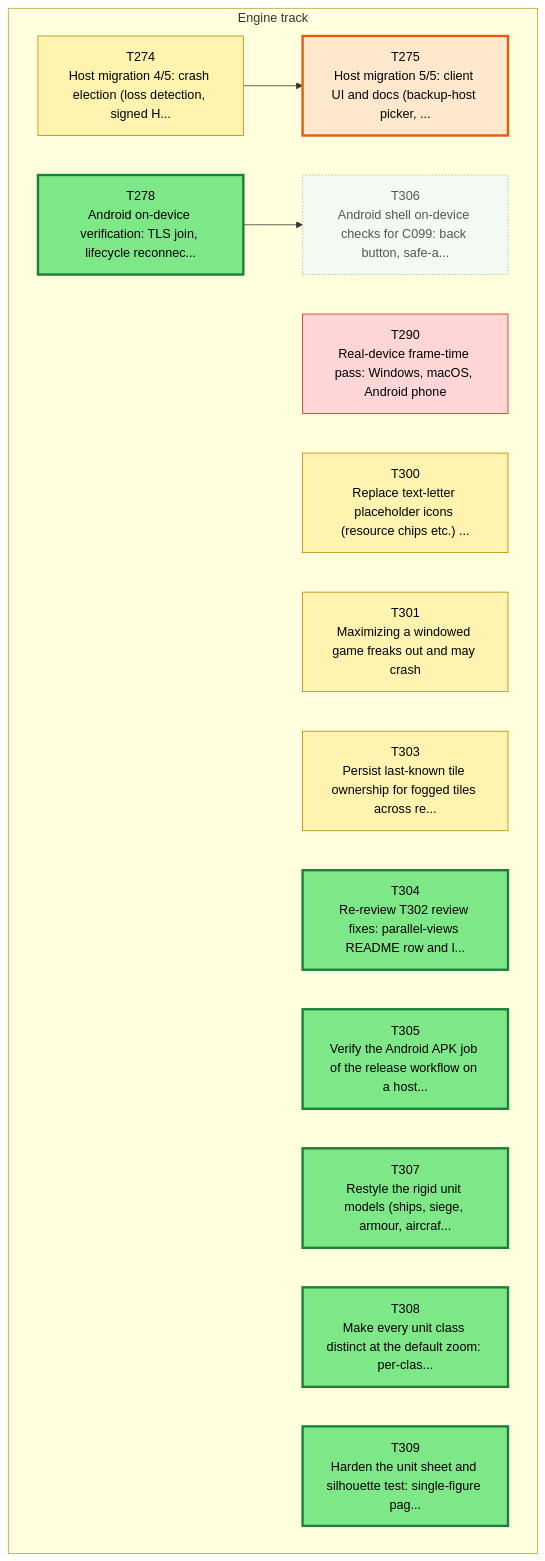
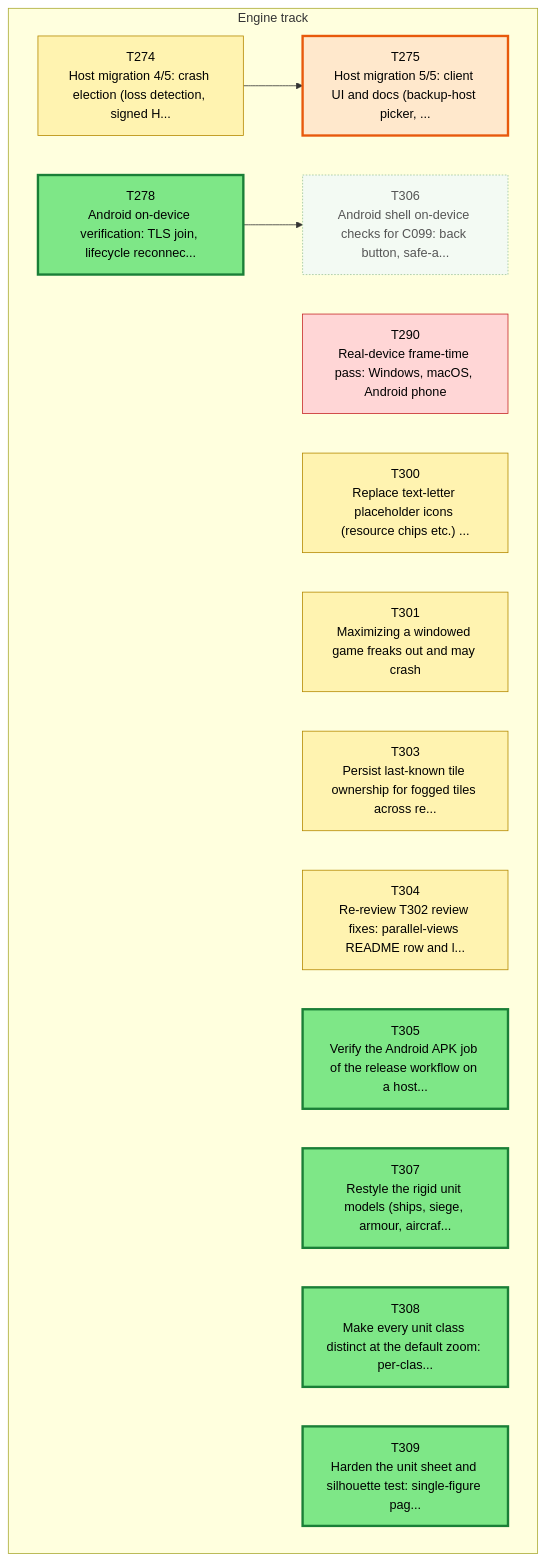
The first of 3 diagrams in csharp/migration/DEPENDENCY_MAP.md (Kenmura/Unciv), drawn with Mermaid before and after one commit. The commit also changed other lines of this file and 1 other file, not shown here.

````diff
--- a/csharp/migration/DEPENDENCY_MAP.md
+++ b/csharp/migration/DEPENDENCY_MAP.md
@@ -35,40 +35,40 @@
 ```mermaid
 flowchart TD
   subgraph TTRACK["Engine track"]
     T274["T274<br/>Host migration 4/5: crash election (loss detection, signed H..."]
     T275["T275<br/>Host migration 5/5: client UI and docs (backup-host picker, ..."]
     T278["T278<br/>Android on-device verification: TLS join, lifecycle reconnec..."]
     T290["T290<br/>Real-device frame-time pass: Windows, macOS, Android phone"]
     T300["T300<br/>Replace text-letter placeholder icons (resource chips etc.) ..."]
     T301["T301<br/>Maximizing a windowed game freaks out and may crash"]
     T303["T303<br/>Persist last-known tile ownership for fogged tiles across re..."]
     T304["T304<br/>Re-review T302 review fixes: parallel-views README row and l..."]
     T305["T305<br/>Verify the Android APK job of the release workflow on a host..."]
     T306["T306<br/>Android shell on-device checks for C099: back button, safe-a..."]
     T307["T307<br/>Restyle the rigid unit models (ships, siege, armour, aircraf..."]
     T308["T308<br/>Make every unit class distinct at the default zoom: per-clas..."]
     T309["T309<br/>Harden the unit sheet and silhouette test: single-figure pag..."]
   end
   T274 --> T275
   T278 --> T306
   classDef waiting fill:#f3faf3,stroke:#9bc49b,color:#555,stroke-dasharray:2 2
   classDef ondeck fill:#ffe8cc,stroke:#e8590c,stroke-width:3px,color:#000
   classDef ready fill:#7ee787,stroke:#1a7f37,stroke-width:3px,color:#000
   classDef prog fill:#fff3b0,stroke:#b58900,color:#000
   classDef review fill:#cfe4ff,stroke:#1f6feb,color:#000
   classDef blocked fill:#ffd6d6,stroke:#c62828,color:#000
   classDef done fill:#eeeeee,stroke:#999999,color:#666,stroke-dasharray:4 3
   class T274 prog
   class T275 ondeck
   class T278 ready
   class T290 blocked
   class T300 prog
   class T301 prog
   class T303 prog
-  class T304 ready
+  class T304 prog
   class T305 ready
   class T306 waiting
   class T307 ready
   class T308 ready
   class T309 ready
 ```
````
